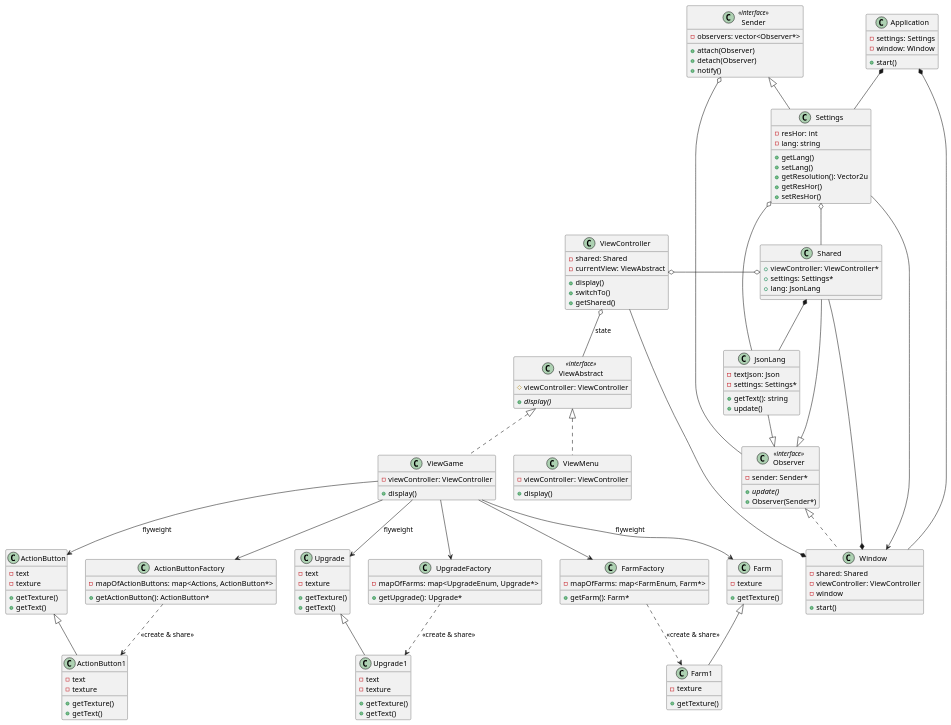
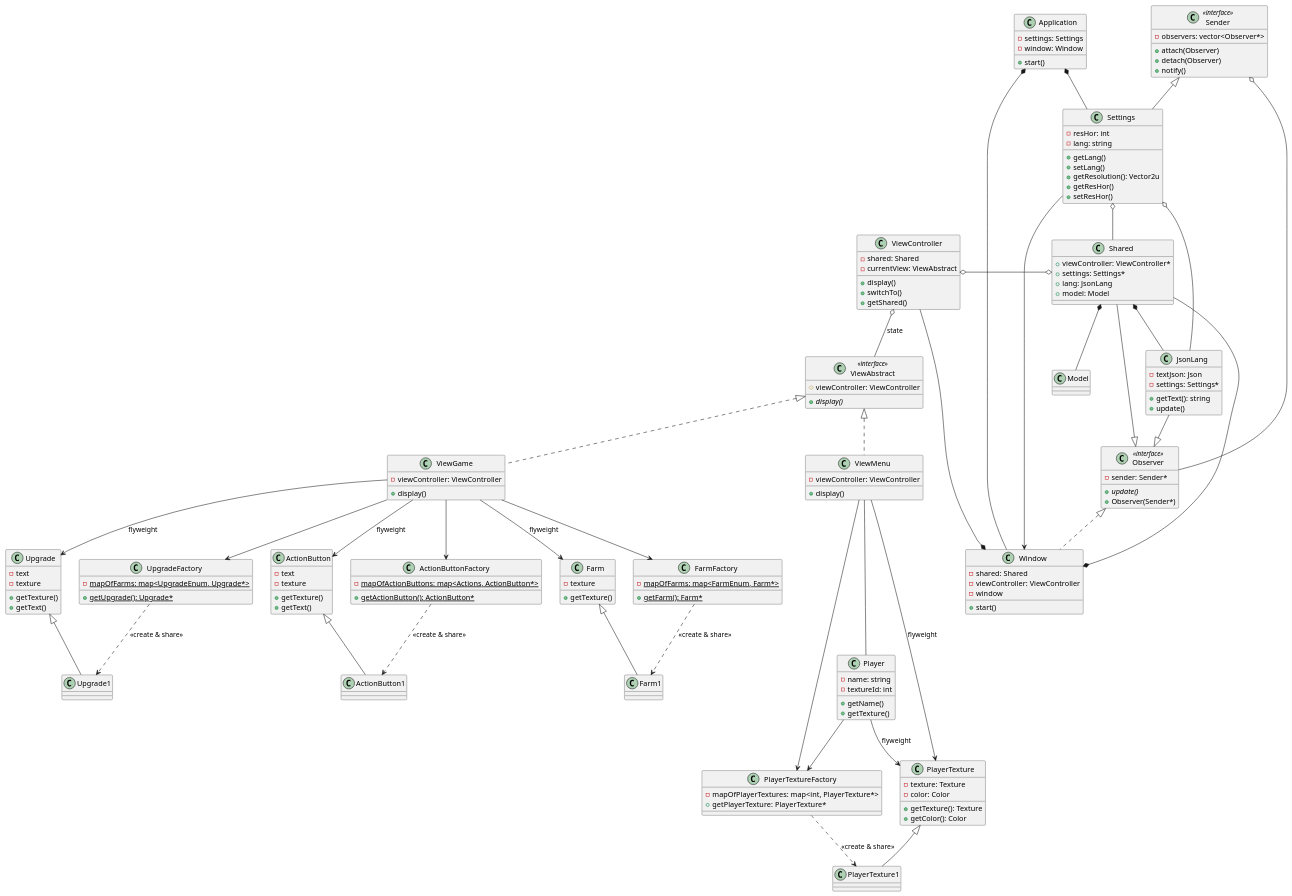
Before and after one commit to ArturBa/AlmostAgricola: the diagram in docs/UML/src/ClassUML.puml, drawn with PlantUML. The commit also changed 12 other files, not shown here.

Commit message:
Change PlayerTexture into Flyweight design pattern

```diff
--- a/docs/UML/src/ClassUML.puml
+++ b/docs/UML/src/ClassUML.puml
@@ -1,164 +1,199 @@
 @startuml
 
 class Window{
     - shared: Shared
     - viewController: ViewController
     - window
     + start()
 }
 
 class Shared{
     + viewController: ViewController*
     + settings: Settings*
     + lang: JsonLang
+    + model: Model
 }
 
 class ViewController{
     - shared: Shared
     - currentView: ViewAbstract
     + display()
     + switchTo()
     + getShared()
 }
 
 class ViewMenu{
     - viewController: ViewController
     + display()
 }
 
 class ViewAbstract <<interface >>{
     # viewController: ViewController
     + {abstract} display()
 }
 
 class Settings {
     - resHor: int
     - lang: string
     + getLang()
     + setLang()
     + getResolution(): Vector2u
     + getResHor()
     + setResHor()
 }
 
 class Observer << interface >> {
     - sender: Sender*
     + {abstract}update()
     + Observer(Sender*)
 }
 
 class Sender << interface >> {
     - observers: vector<Observer*>
     + attach(Observer)
     + detach(Observer)
     + notify()
 }
 
 class Application{
     - settings: Settings
     - window: Window
     + start()
 }
 
 class ViewGame{
     - viewController: ViewController
     + display()
 }
 
 class ActionButtonFactory {
-    - mapOfActionButtons: map<Actions, ActionButton*>
-    + getActionButton(): ActionButton*
+    - {static} mapOfActionButtons: map<Actions, ActionButton*>
+    + {static} getActionButton(): ActionButton*
 }
 
 class ActionButton{
     - text
     - texture
     + getTexture()
     + getText()
 }
 
 class ActionButton1{
-    - text
-    - texture
-    + getTexture()
-    + getText()
 }
 
 class FarmFactory{
-    - mapOfFarms: map<FarmEnum, Farm*>
-    + getFarm(): Farm*
+    - {static} mapOfFarms: map<FarmEnum, Farm*>
+    + {static} getFarm(): Farm*
 }
 
 class Farm{
     - texture
     + getTexture()
 }
 class Farm1{
-    - texture
-    + getTexture()
 }
 
 class UpgradeFactory{
-    - mapOfFarms: map<UpgradeEnum, Upgrade*>
-    + getUpgrade(): Upgrade*
+    - {static} mapOfFarms: map<UpgradeEnum, Upgrade*>
+    + {static} getUpgrade(): Upgrade*
 }
+
 class Upgrade{
     - text
     - texture
     + getTexture()
     + getText()
 }
+
 class Upgrade1{
-    - text
-    - texture
-    + getTexture()
-    + getText()
+}
+
+class PlayerTextureFactory{
+    - mapOfPlayerTextures: map<int, PlayerTexture*>
+    + getPlayerTexture: PlayerTexture*
+}
+
+class PlayerTexture{
+    - texture: Texture
+    - color: Color
+    + getTexture(): Texture
+    + getColor(): Color
+}
+
+class PlayerTexture1{
 }
 
 class JsonLang{
     - textJson: Json
     - settings: Settings*
     + getText(): string
     + update()
 }
 
+class Model{
+'    - game: Game*
+}
+
+class Player {
+    - name: string
+    - textureId: int
+    + getName()
+    + getTexture()
+}
+
+'class Game{
+'    - players: vector<Player>
+'}
 
 Window *-- ViewController
 Window *-- Shared
 
 ViewController o-o Shared
 Settings o-- JsonLang
 Shared *-- JsonLang
 Shared --|> Observer
 JsonLang --|> Observer
 
 ViewAbstract <|.. ViewMenu
 ViewAbstract <|.. ViewGame
 ViewController o-- ViewAbstract: state
+
+PlayerTexture <|-- PlayerTexture1
+ViewMenu --> PlayerTextureFactory
+ViewMenu --> PlayerTexture: flyweight
+PlayerTextureFactory ..> PlayerTexture1: <<create & share>>
 
 ActionButton <|-- ActionButton1
 ViewGame --> ActionButtonFactory
 ViewGame --> ActionButton: flyweight
 ActionButtonFactory ..> ActionButton1: <<create & share>>
 
 Farm <|-- Farm1
 ViewGame --> FarmFactory
 ViewGame --> Farm: flyweight
 FarmFactory ..> Farm1: <<create & share>>
 
 Upgrade <|-- Upgrade1
 ViewGame --> UpgradeFactory
 ViewGame --> Upgrade: flyweight
 UpgradeFactory ..> Upgrade1: <<create & share>>
 
 Sender <|-- Settings
 Sender o-- Observer
 Observer <|.. Window
 Settings --> Window
 
 Application *-- Window
 Application *-- Settings
 
 Settings o-- Shared
 
+Shared *-- Model
+'Model o-- Game
+'Game *-- Player
+
+ViewMenu --- Player
+Player --> PlayerTextureFactory
+Player --> PlayerTexture: flyweight
+
 @enduml
```
